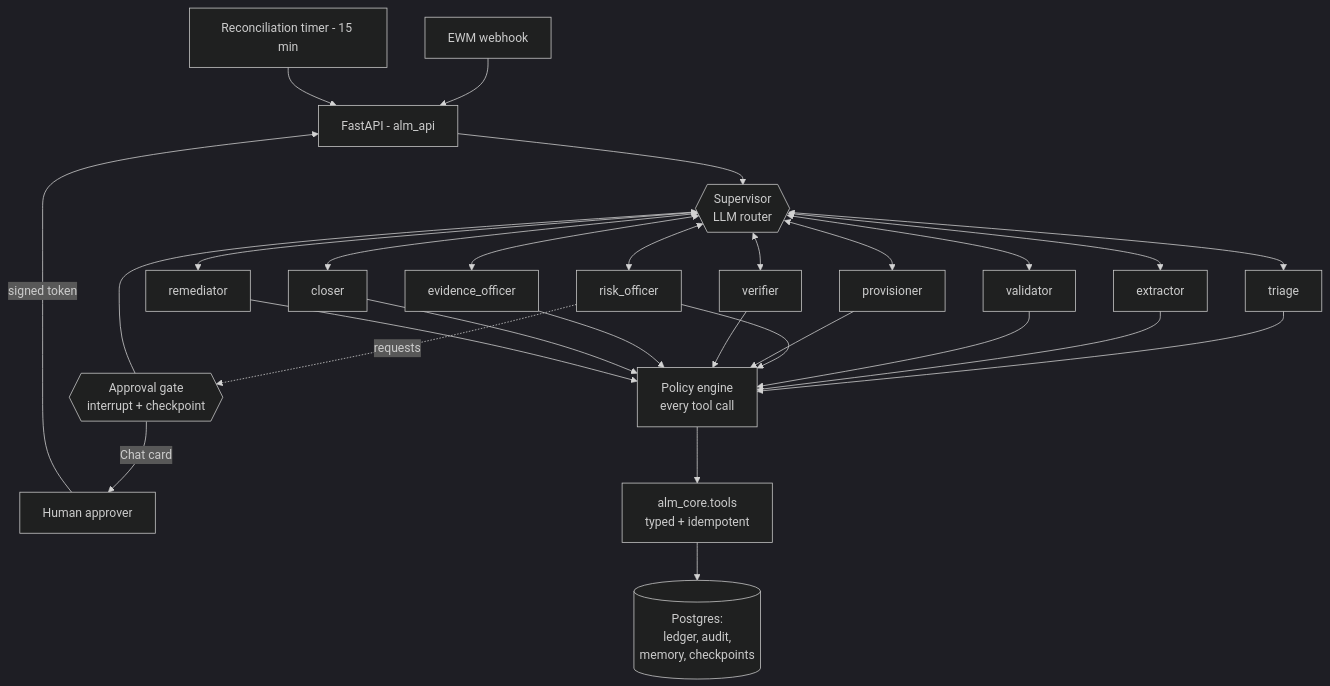
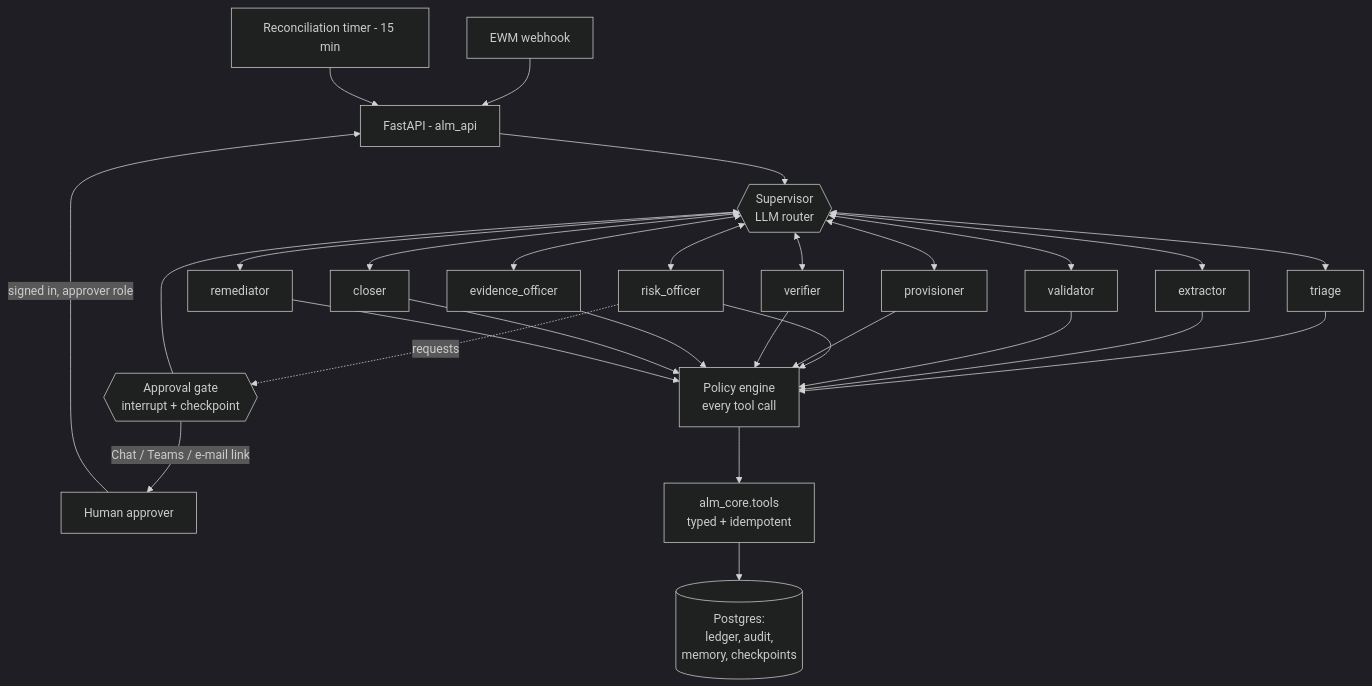
Before and after one commit to SaiKrishna-Perugu/ALM_Access_Provisioning_AGENT: the diagram in docs/AUTONOMOUS_ARCHITECTURE.md, drawn with Mermaid (dark theme). The commit also changed other lines of this file and 25 other files, not shown here.

````diff
--- a/docs/AUTONOMOUS_ARCHITECTURE.md
+++ b/docs/AUTONOMOUS_ARCHITECTURE.md
@@ -24,25 +24,25 @@
 ```mermaid
 graph TD
     W[EWM webhook] --> API[FastAPI - alm_api]
     R[Reconciliation timer - 15 min] --> API
     API --> S{{Supervisor<br/>LLM router}}
 
     S <--> T[triage]
     S <--> E[extractor]
     S <--> V[validator]
     S <--> RO[risk_officer]
     S <--> P[provisioner]
     S <--> VF[verifier]
     S <--> EV[evidence_officer]
     S <--> C[closer]
     S <--> RM[remediator]
 
     RO -.requests.-> GATE{{Approval gate<br/>interrupt + checkpoint}}
-    GATE -->|Chat card| H[Human approver]
-    H -->|signed token| API
+    GATE -->|Chat / Teams / e-mail link| H[Human approver]
+    H -->|signed in, approver role| API
     GATE --> S
 
     T & E & V & RO & P & VF & EV & C & RM --> POL[Policy engine<br/>every tool call]
     POL --> TOOLS[alm_core.tools<br/>typed + idempotent]
     TOOLS --> DB[(Postgres:<br/>ledger, audit,<br/>memory, checkpoints)]
 ```
````
